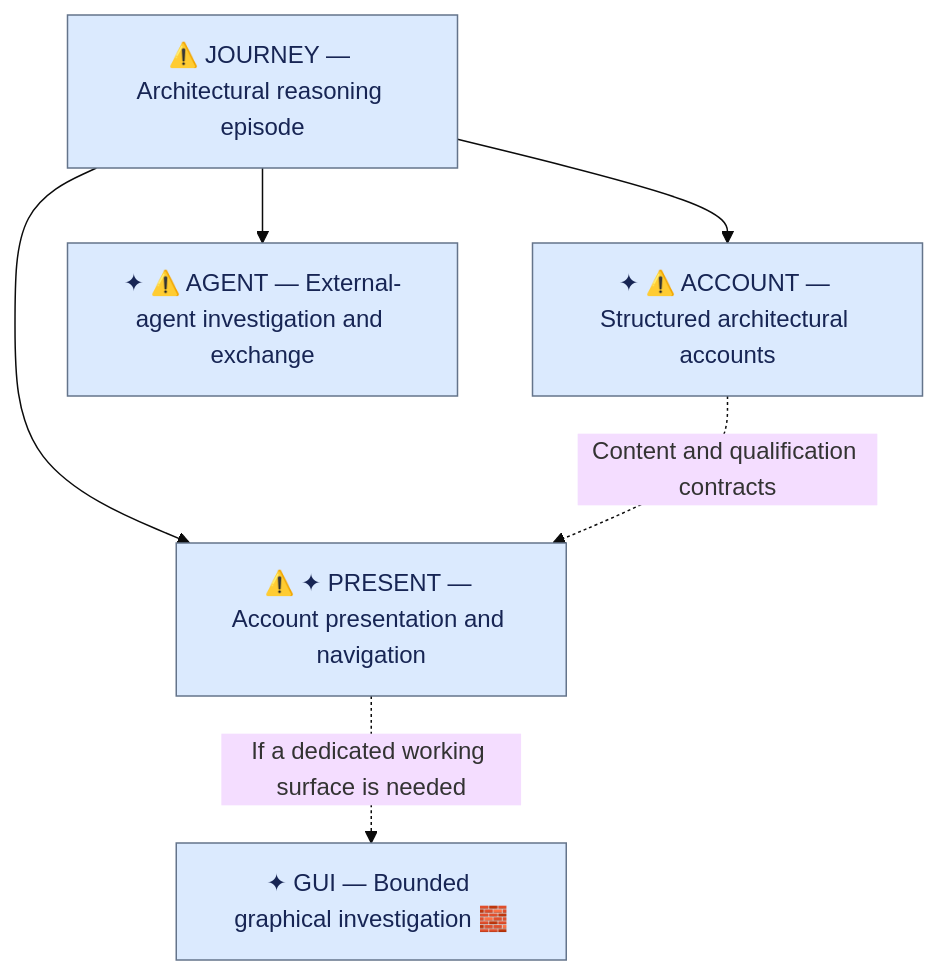
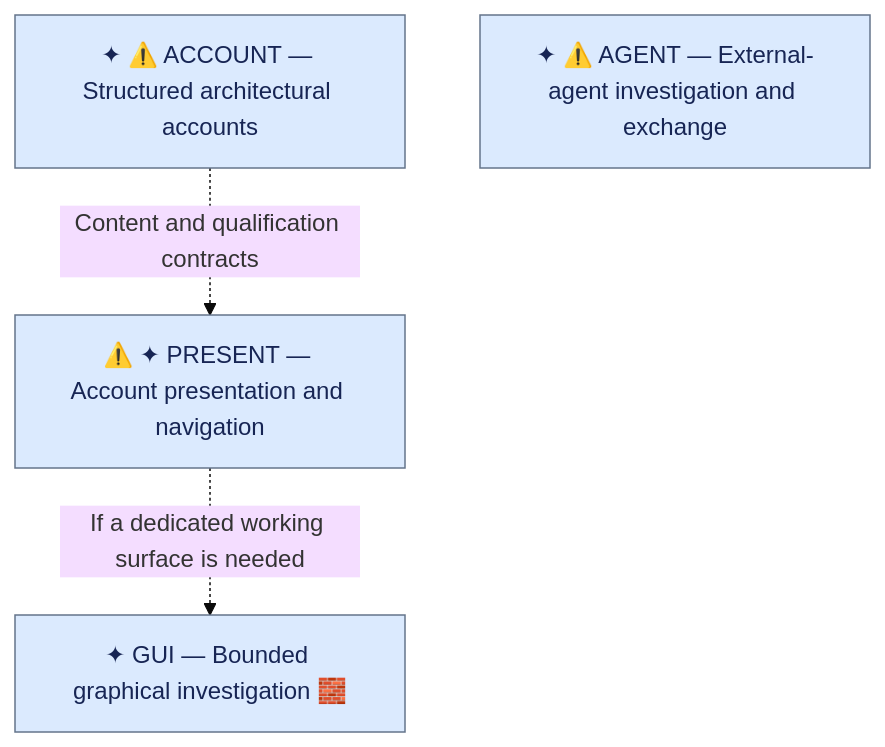
Before and after one commit to ronen/postcode: the diagram in notes/upcoming-work.md, drawn with Mermaid (base theme). The commit also changed other lines of this file, not shown here.

Commit message:
Advance upcoming work after journey exploration

````diff
--- a/notes/upcoming-work.md
+++ b/notes/upcoming-work.md
@@ -70,10 +70,8 @@
 ```mermaid
 flowchart TD
-    JOURNEY["⚠️ JOURNEY — Architectural reasoning episode"] --> ACCOUNT["✦ ⚠️ ACCOUNT — Structured architectural accounts"]
-    JOURNEY --> PRESENT["⚠️ ✦ PRESENT — Account presentation and navigation"]
-    JOURNEY --> AGENT["✦ ⚠️ AGENT — External-agent investigation and exchange"]
-    ACCOUNT -. Content and qualification contracts .-> PRESENT
+    ACCOUNT["✦ ⚠️ ACCOUNT — Structured architectural accounts"] -. Content and qualification contracts .-> PRESENT["⚠️ ✦ PRESENT — Account presentation and navigation"]
     PRESENT -. If a dedicated working surface is needed .-> GUI["✦ GUI — Bounded graphical investigation 🧱"]
+    AGENT["✦ ⚠️ AGENT — External-agent investigation and exchange"]
 
     classDef default fill:#dbeafe,stroke:#64748b,color:#172554
 ```
````
